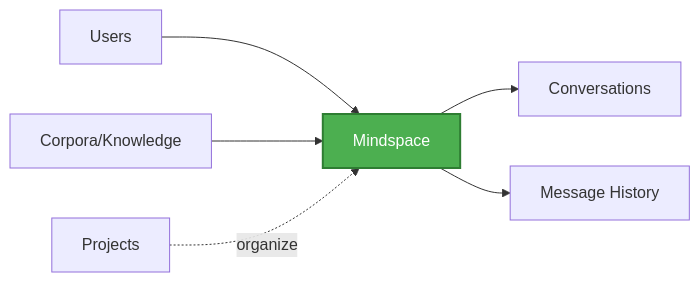
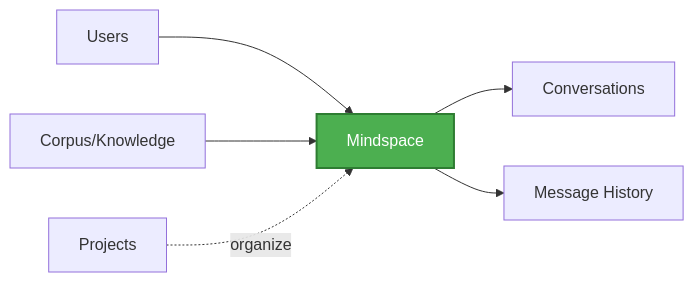
The diagram in README.md (General-Magick-Industries/py-magickmind), drawn with Mermaid before and after one commit. The commit also changed other lines of this file and 14 other files, not shown here.

````diff
--- a/README.md
+++ b/README.md
@@ -48,10 +48,10 @@
 ```mermaid
 graph LR
     U[Users] --> MS[Mindspace]
-    C[Corpora/Knowledge] --> MS
+    C[Corpus/Knowledge] --> MS
     MS --> Chat[Conversations]
     MS --> History[Message History]
     P[Projects] -.organize.-> MS
     
     style MS fill:#4CAF50,stroke:#2E7D32,stroke-width:2px,color:#fff
 ```
````
